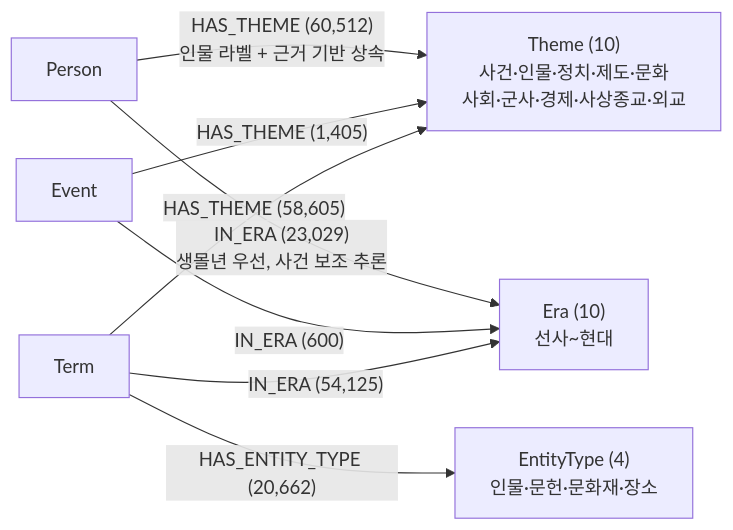
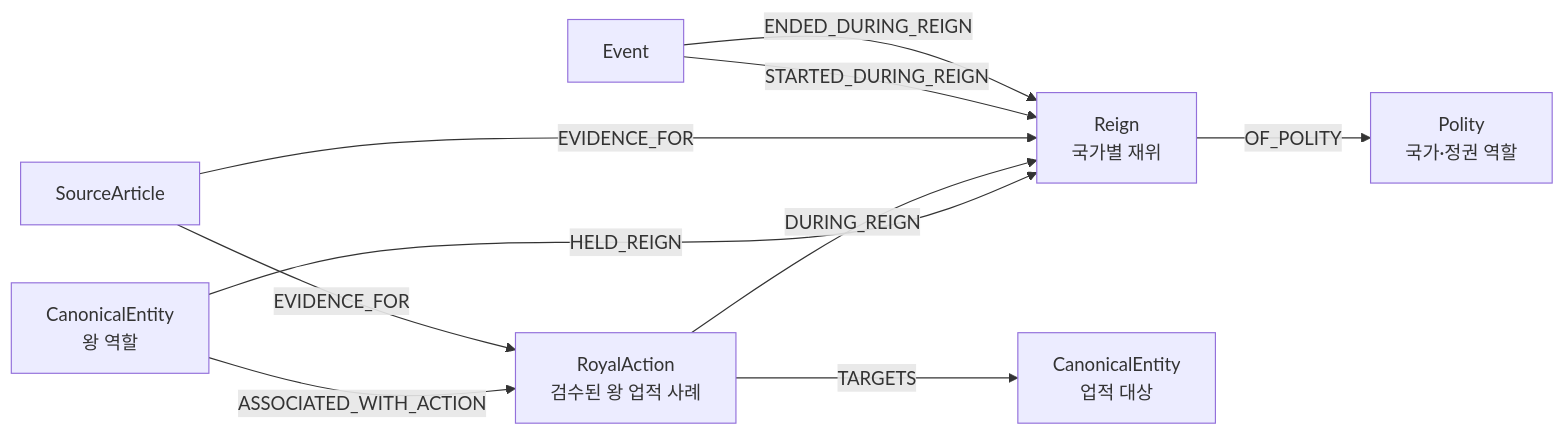
The second of 5 diagrams in docs/neo4j/neo4j_그래프_스키마_mermaid.md (SKNETWORKS-FAMILY-AICAMP/SKN27-FINAL-2Team), drawn with Mermaid before and after one commit. The commit also changed other lines of this file and 24 other files, not shown here.

````diff
--- a/docs/neo4j/neo4j_그래프_스키마_mermaid.md
+++ b/docs/neo4j/neo4j_그래프_스키마_mermaid.md
@@ -114,17 +83,20 @@
 ```mermaid
 flowchart LR
-    Term["Term"]
+    Monarch["CanonicalEntity<br/>왕 역할"]
+    Reign["Reign<br/>국가별 재위"]
+    Polity["Polity<br/>국가·정권 역할"]
+    Action["RoyalAction<br/>검수된 왕 업적 사례"]
+    Target["CanonicalEntity<br/>업적 대상"]
+    Article["SourceArticle"]
     Event["Event"]
-    Person["Person"]
-    Theme["Theme (10)<br/>사건·인물·정치·제도·문화<br/>사회·군사·경제·사상종교·외교"]
-    Era["Era (10)<br/>선사~현대"]
-    EntityType["EntityType (4)<br/>인물·문헌·문화재·장소"]
 
-    Term -->|"HAS_THEME (58,605)"| Theme
-    Event -->|"HAS_THEME (1,405)"| Theme
-    Person -->|"HAS_THEME (60,512)<br/>인물 라벨 + 근거 기반 상속"| Theme
-    Term -->|"IN_ERA (54,125)"| Era
-    Event -->|"IN_ERA (600)"| Era
-    Person -->|"IN_ERA (23,029)<br/>생몰년 우선, 사건 보조 추론"| Era
-    Term -->|"HAS_ENTITY_TYPE (20,662)"| EntityType
+    Monarch -->|"HELD_REIGN"| Reign
+    Reign -->|"OF_POLITY"| Polity
+    Monarch -->|"ASSOCIATED_WITH_ACTION"| Action
+    Action -->|"TARGETS"| Target
+    Action -->|"DURING_REIGN"| Reign
+    Article -->|"EVIDENCE_FOR"| Reign
+    Article -->|"EVIDENCE_FOR"| Action
+    Event -->|"STARTED_DURING_REIGN"| Reign
+    Event -->|"ENDED_DURING_REIGN"| Reign
 ```
````
